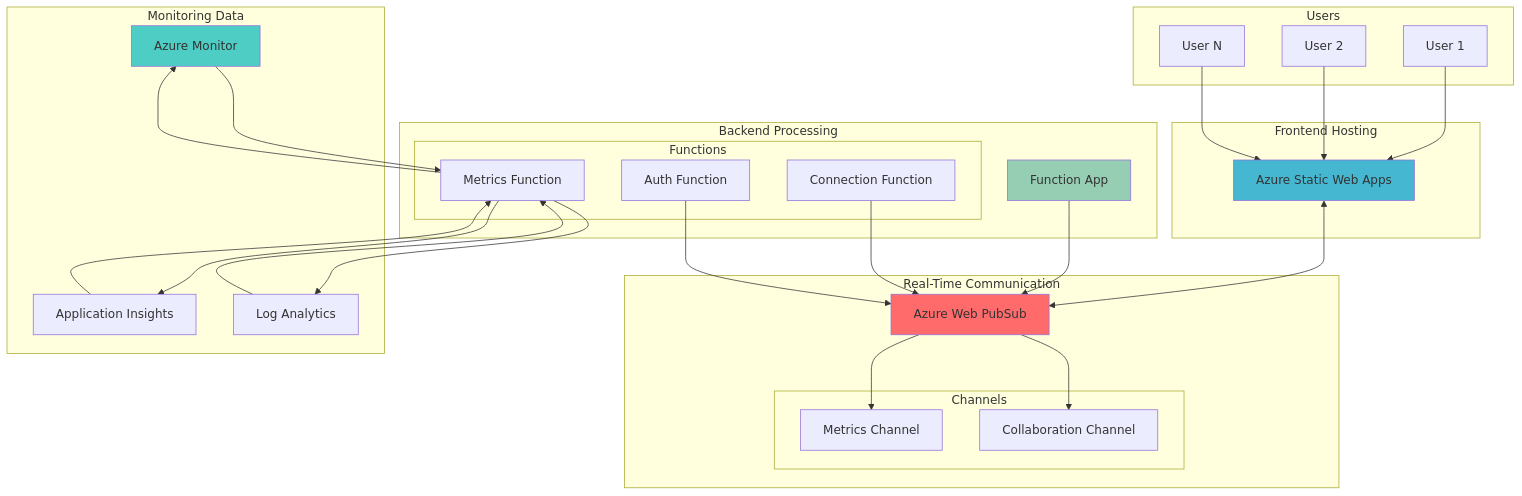
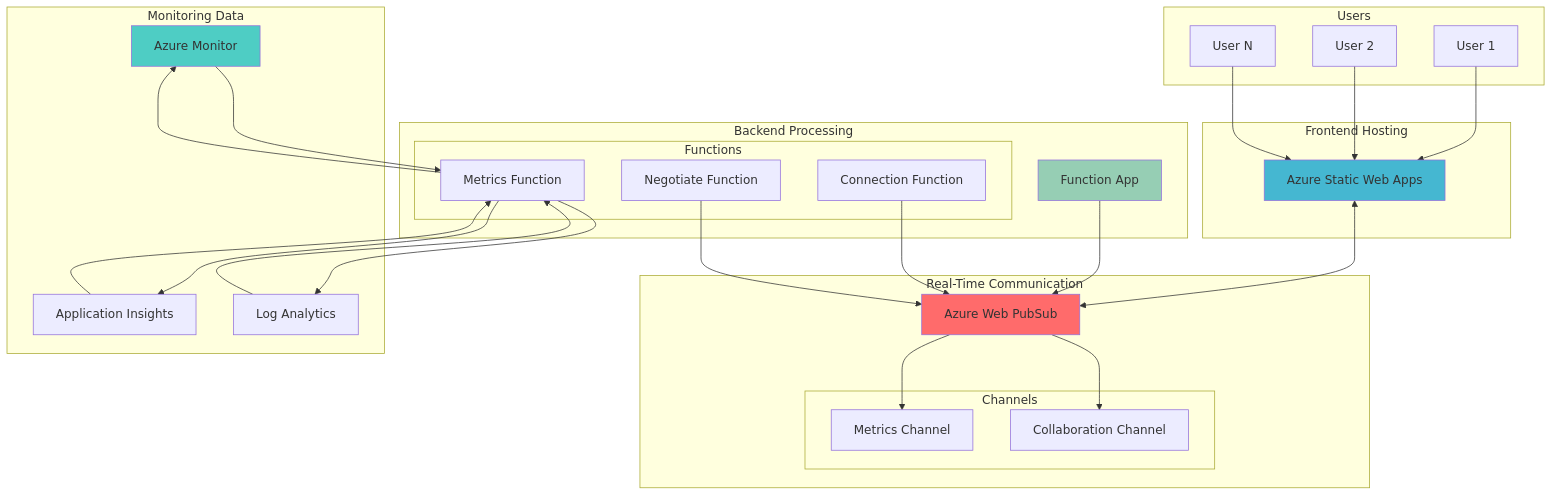
The diagram in azure/collaborative-monitoring-dashboards-websocket/collaborative-monitoring-dashboards-websocket.md (mzazon/awesome-cloud-projects), drawn with Mermaid before and after one commit. The commit also changed other lines of this file and 5581 other files, not shown here.

````diff
--- a/azure/collaborative-monitoring-dashboards-websocket/collaborative-monitoring-dashboards-websocket.md
+++ b/azure/collaborative-monitoring-dashboards-websocket/collaborative-monitoring-dashboards-websocket.md
@@ -30,59 +30,59 @@
 ```mermaid
 graph TB
     subgraph "Users"
         U1[User 1]
         U2[User 2]
         U3[User N]
     end
     
     subgraph "Frontend Hosting"
         SWA[Azure Static Web Apps]
     end
     
     subgraph "Real-Time Communication"
         WPS[Azure Web PubSub]
         subgraph "Channels"
             MC[Metrics Channel]
             CC[Collaboration Channel]
         end
     end
     
     subgraph "Monitoring Data"
         AM[Azure Monitor]
         AI[Application Insights]
         LA[Log Analytics]
     end
     
     subgraph "Backend Processing"
         FA[Function App]
         subgraph "Functions"
             MF[Metrics Function]
             CF[Connection Function]
-            AF[Auth Function]
+            NF[Negotiate Function]
         end
     end
     
     U1 --> SWA
     U2 --> SWA
     U3 --> SWA
     
     SWA <--> WPS
     WPS --> MC
     WPS --> CC
     
     FA --> WPS
     MF --> AM
     MF --> AI
     MF --> LA
     CF --> WPS
-    AF --> WPS
+    NF --> WPS
     
     AM --> MF
     AI --> MF
     LA --> MF
     
     style WPS fill:#FF6B6B
     style AM fill:#4ECDC4
     style SWA fill:#45B7D1
     style FA fill:#96CEB4
 ```
````
